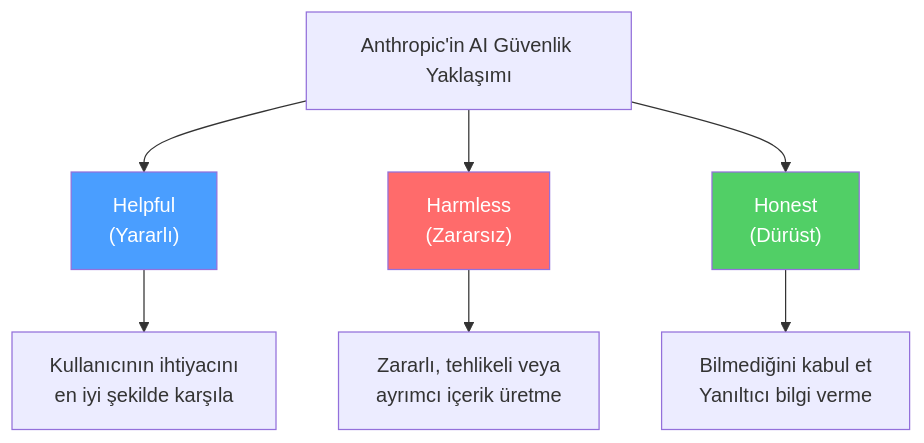
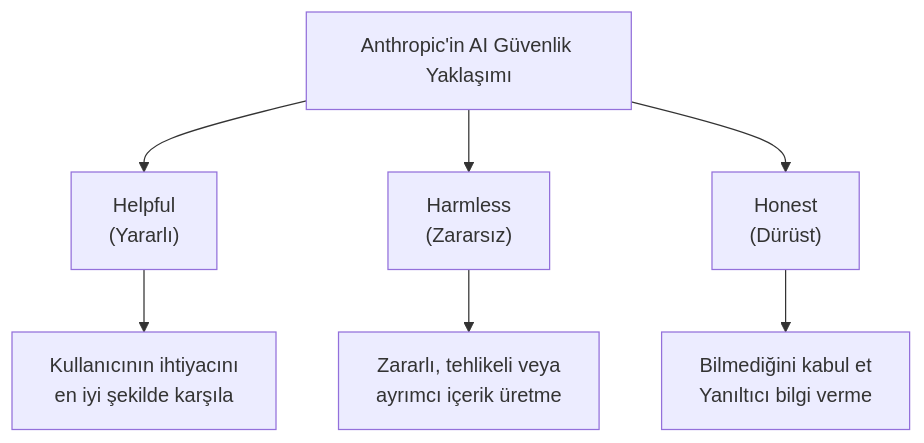
Before and after one commit to IzzetYasinAtes/ClaudeCodeHandbook: the second of 6 diagrams in 03-llm-saglayicilari/02-anthropic.md, drawn with Mermaid. The commit also changed other lines of this file and 97 other files, not shown here.

Commit message:
Remove all custom Mermaid style/fill colors from 98 markdown files for consistent dark theme rendering

````diff
--- a/03-llm-saglayicilari/02-anthropic.md
+++ b/03-llm-saglayicilari/02-anthropic.md
@@ -48,16 +48,13 @@
 ```mermaid
 flowchart TD
     A["Anthropic'in AI Güvenlik Yaklaşımı"]
 
     A --> B["Helpful<br/>(Yararlı)"]
     A --> C["Harmless<br/>(Zararsız)"]
     A --> D["Honest<br/>(Dürüst)"]
 
     B --> B1["Kullanıcının ihtiyacını<br/>en iyi şekilde karşıla"]
     C --> C1["Zararlı, tehlikeli veya<br/>ayrımcı içerik üretme"]
     D --> D1["Bilmediğini kabul et<br/>Yanıltıcı bilgi verme"]
 
-    style B fill:#4a9eff,color:#fff
-    style C fill:#ff6b6b,color:#fff
-    style D fill:#51cf66,color:#fff
 ```
````
